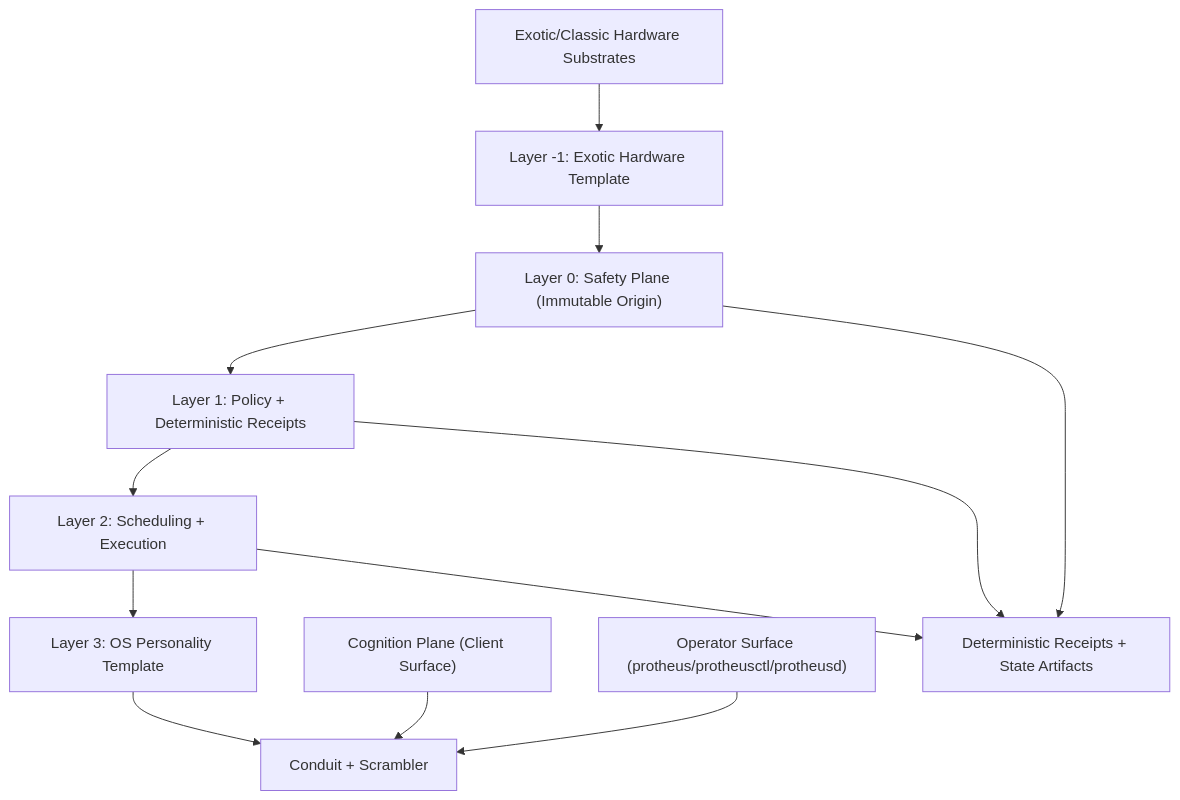
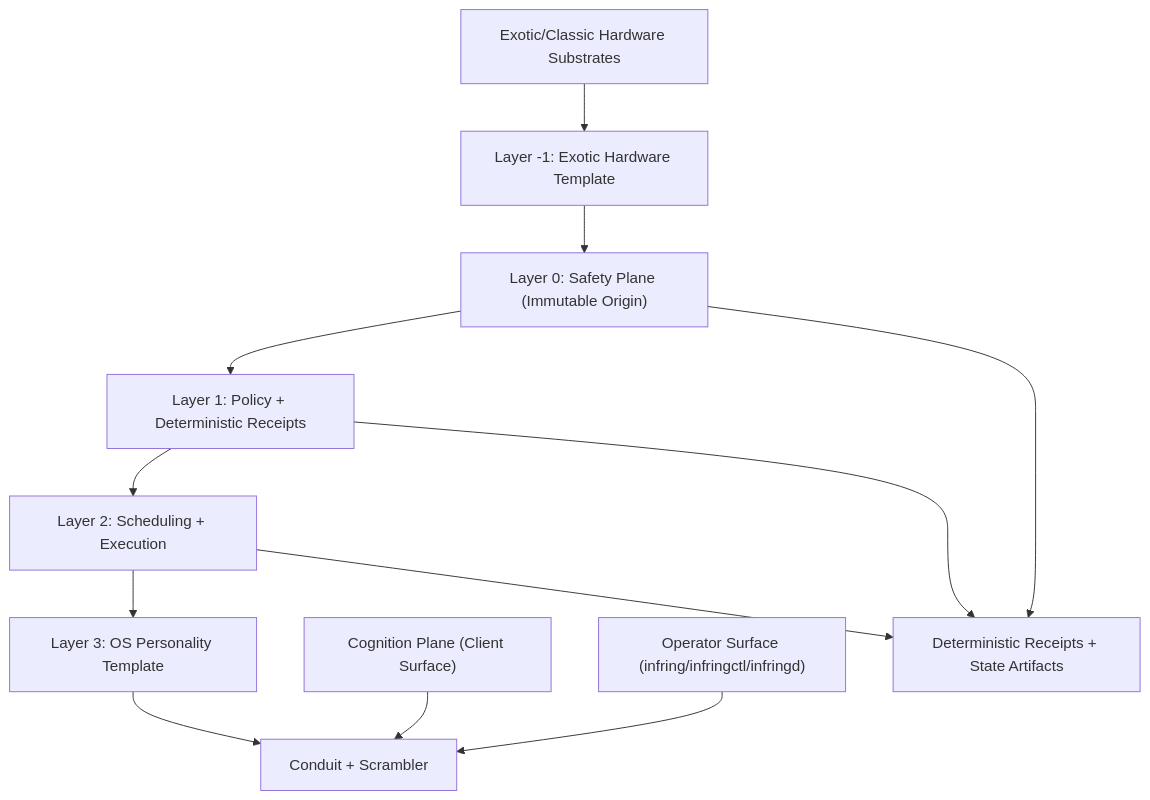
Before and after one commit to jakerslam/protheus: the diagram in ARCHITECTURE.md, drawn with Mermaid. The commit also changed other lines of this file and 91 other files, not shown here.

````diff
--- a/ARCHITECTURE.md
+++ b/ARCHITECTURE.md
@@ -170,25 +170,25 @@
 ```mermaid
 flowchart TB
     SUBSTRATE["Exotic/Classic Hardware Substrates"]
     LNEG1["Layer -1: Exotic Hardware Template"]
     L0["Layer 0: Safety Plane (Immutable Origin)"]
     L1["Layer 1: Policy + Deterministic Receipts"]
     L2["Layer 2: Scheduling + Execution"]
     L3["Layer 3: OS Personality Template"]
     CONDUIT["Conduit + Scrambler"]
     UI["Cognition Plane (Client Surface)"]
-    CLI["Operator Surface (protheus/protheusctl/protheusd)"]
+    CLI["Operator Surface (infring/infringctl/infringd)"]
     RECEIPTS["Deterministic Receipts + State Artifacts"]
 
     SUBSTRATE --> LNEG1
     LNEG1 --> L0
     L0 --> L1
     L1 --> L2
     L2 --> L3
     L3 --> CONDUIT
     UI --> CONDUIT
     CLI --> CONDUIT
     L0 --> RECEIPTS
     L1 --> RECEIPTS
     L2 --> RECEIPTS
 ```
````
